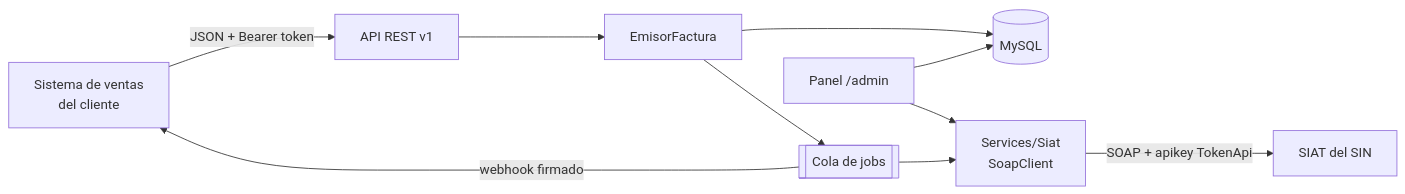
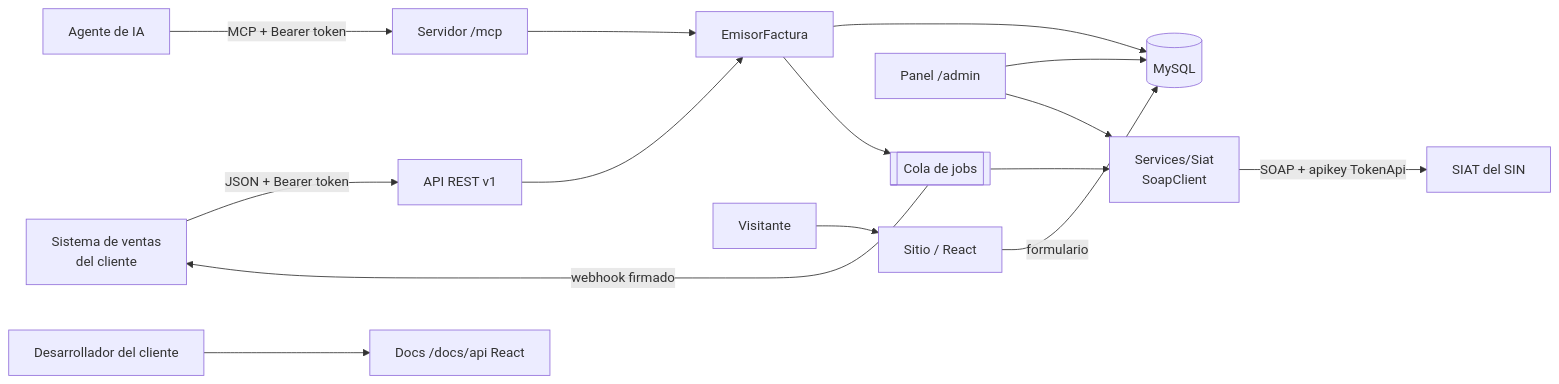
The first of 4 diagrams in docs/TECNICO.md (nachoDevOS/siat-api), drawn with Mermaid before and after one commit. The commit also changed other lines of this file and 82 other files, not shown here.

````diff
--- a/docs/TECNICO.md
+++ b/docs/TECNICO.md
@@ -34,12 +34,17 @@
 ```mermaid
 flowchart LR
     POS[Sistema de ventas<br/>del cliente] -- JSON + Bearer token --> API[API REST v1]
     API --> EMI[EmisorFactura]
     EMI --> DB[(MySQL)]
     EMI --> Q[[Cola de jobs]]
     Q --> SOAP[Services/Siat<br/>SoapClient]
     SOAP -- SOAP + apikey TokenApi --> SIN[SIAT del SIN]
     Q -- webhook firmado --> POS
     ADMIN[Panel /admin] --> DB
     ADMIN --> SOAP
+    AGENTE[Agente de IA] -- MCP + Bearer token --> MCP[Servidor /mcp]
+    MCP --> EMI
+    VISITA[Visitante] --> SITIO[Sitio / React]
+    SITIO -- formulario --> DB
+    DEV[Desarrollador del cliente] --> DOCS[Docs /docs/api React]
 ```
````
